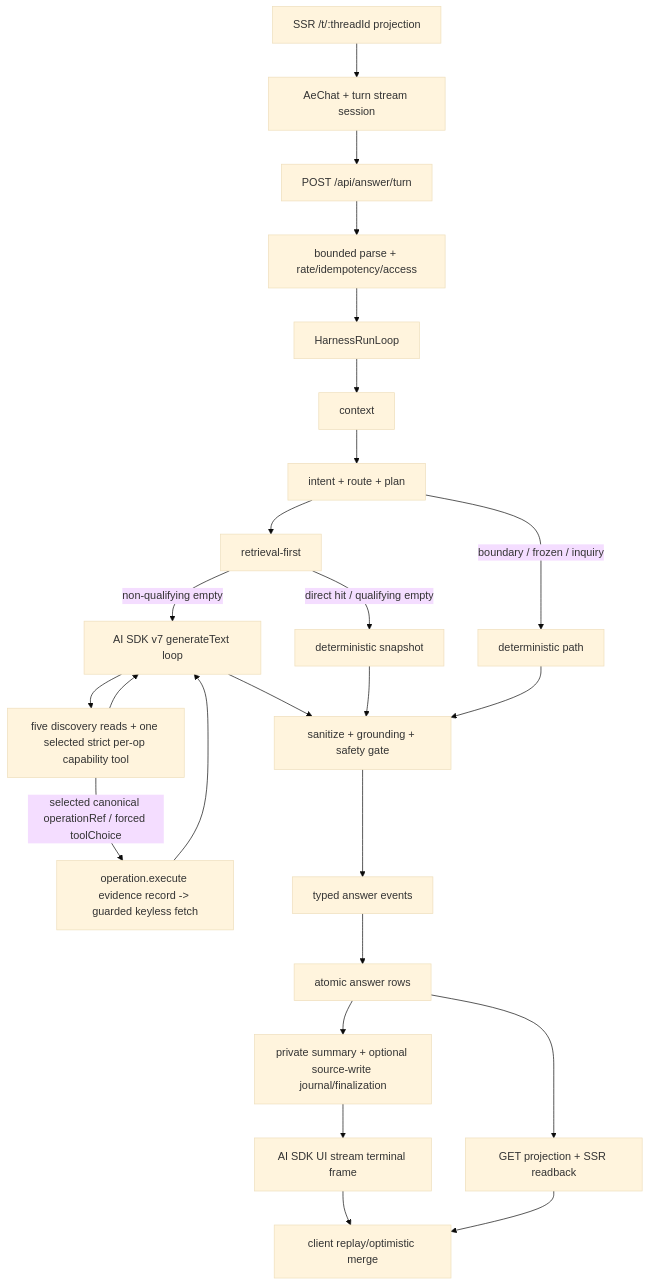
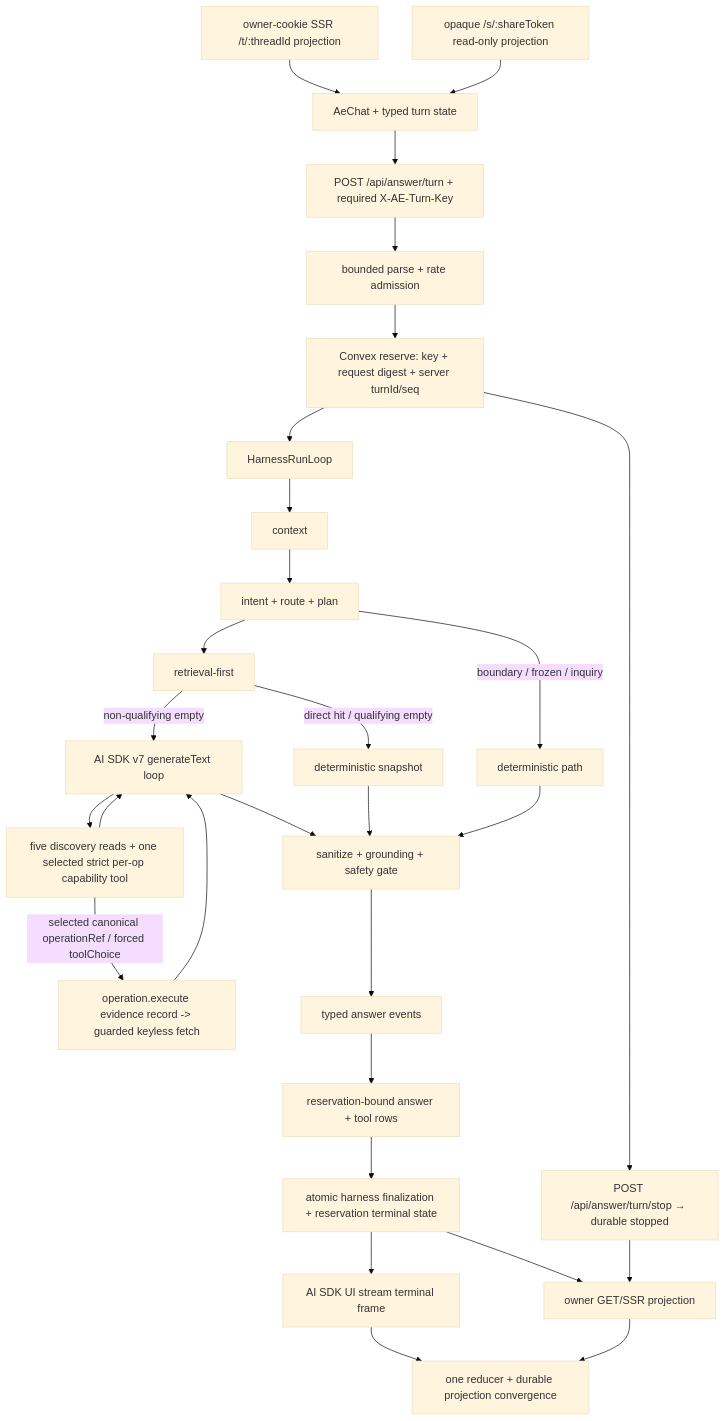
The first of 4 diagrams in .planning/codebase/PROMPT-DATA-FLOW.md (CreasyBear/Agentic-Economy), drawn with Mermaid (base theme) before and after one commit. The commit also changed other lines of this file and 1042 other files, not shown here.

````diff
--- a/.planning/codebase/PROMPT-DATA-FLOW.md
+++ b/.planning/codebase/PROMPT-DATA-FLOW.md
@@ -69,24 +71,28 @@
 ```mermaid
 flowchart TD
-  SSR["SSR /t/:threadId projection"] --> UI["AeChat + turn stream session"]
-  UI --> HTTP["POST /api/answer/turn"]
-  HTTP --> ADMIT["bounded parse + rate/idempotency/access"]
-  ADMIT --> LOOP["HarnessRunLoop"]
+  SSR["owner-cookie SSR /t/:threadId projection"] --> UI["AeChat + typed turn state"]
+  SHARE["opaque /s/:shareToken read-only projection"] --> UI
+  UI --> HTTP["POST /api/answer/turn + required X-AE-Turn-Key"]
+  HTTP --> ADMIT["bounded parse + rate admission"]
+  ADMIT --> RESERVE["Convex reserve: key + request digest + server turnId/seq"]
+  RESERVE --> LOOP["HarnessRunLoop"]
   LOOP --> CTX["context"] --> ROUTE["intent + route + plan"]
   ROUTE --> RET["retrieval-first"]
   RET -->|direct hit / qualifying empty| SNAP["deterministic snapshot"]
   RET -->|non-qualifying empty| AGENT["AI SDK v7 generateText loop"]
   ROUTE -->|boundary / frozen / inquiry| DET["deterministic path"]
   AGENT --> TOOLS["five discovery reads + one selected strict per-op capability tool"] --> AGENT
   TOOLS -->|"selected canonical operationRef / forced toolChoice"| EXEC["operation.execute evidence record -> guarded keyless fetch"]
   EXEC --> AGENT
   AGENT --> GATE["sanitize + grounding + safety gate"]
   SNAP --> GATE
   DET --> GATE
-  GATE --> ASM["typed answer events"] --> PERSIST["atomic answer rows"]
-  PERSIST --> FINAL["private summary + optional source-write journal/finalization"]
+  GATE --> ASM["typed answer events"] --> PERSIST["reservation-bound answer + tool rows"]
+  PERSIST --> FINAL["atomic harness finalization + reservation terminal state"]
   FINAL --> SSE["AI SDK UI stream terminal frame"]
-  PERSIST --> GET["GET projection + SSR readback"]
-  SSE --> MERGE["client replay/optimistic merge"]
+  RESERVE --> STOP["POST /api/answer/turn/stop → durable stopped"]
+  FINAL --> GET["owner GET/SSR projection"]
+  STOP --> GET
+  SSE --> MERGE["one reducer + durable projection convergence"]
   GET --> MERGE
 ```
````
